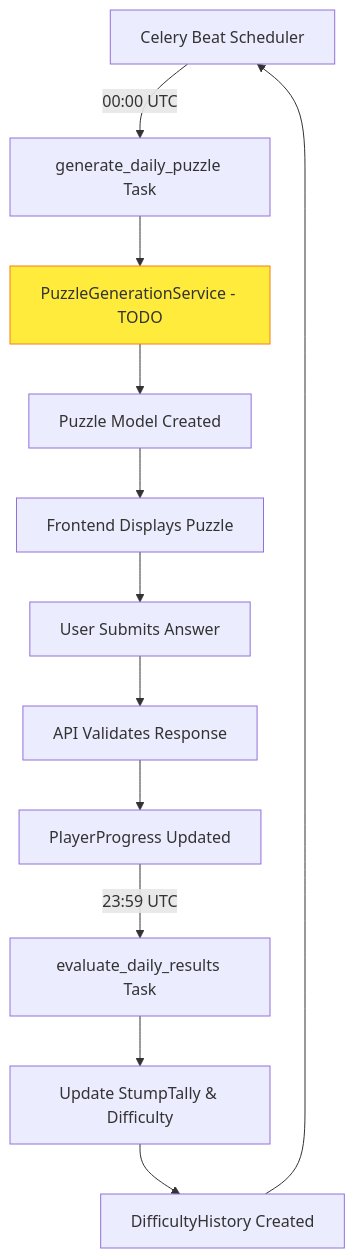
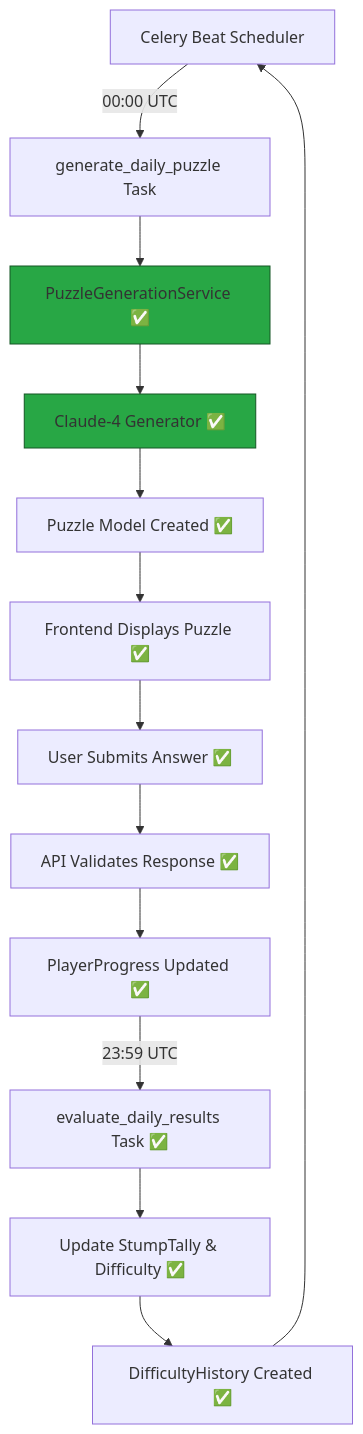
One commit to decross1/the_daily_puzzle changed the diagram in CLAUDE.md. Above: the diagram before and after it, drawn with Mermaid. The commit also changed other lines of this file, not shown here.

First line of the commit message:
Update CLAUDE.md with comprehensive implementation guide

````diff
--- a/CLAUDE.md
+++ b/CLAUDE.md
@@ -51,17 +94,20 @@
 ```mermaid
 graph TD
     A[Celery Beat Scheduler] -->|00:00 UTC| B[generate_daily_puzzle Task]
-    B --> C[PuzzleGenerationService - TODO]
-    C --> D[Puzzle Model Created]
-    D --> E[Frontend Displays Puzzle]
-    E --> F[User Submits Answer]
-    F --> G[API Validates Response]
-    G --> H[PlayerProgress Updated]
-    H -->|23:59 UTC| I[evaluate_daily_results Task]
-    I --> J[Update StumpTally & Difficulty]
-    J --> K[DifficultyHistory Created]
-    K --> A
+    B --> C[PuzzleGenerationService ✅]
+    C --> D[Claude-4 Generator ✅]
+    D --> E[Puzzle Model Created ✅]
+    E --> F[Frontend Displays Puzzle ✅]
+    F --> G[User Submits Answer ✅]
+    G --> H[API Validates Response ✅]
+    H --> I[PlayerProgress Updated ✅]
+    I -->|23:59 UTC| J[evaluate_daily_results Task ✅]
+    J --> K[Update StumpTally & Difficulty ✅]
+    K --> L[DifficultyHistory Created ✅]
+    L --> A
     
-    style C fill:#ffeb3b
-    style C stroke:#f57f17
+    style C fill:#28a745
+    style D fill:#28a745
+    style C stroke:#155724
+    style D stroke:#155724
 ```
````
